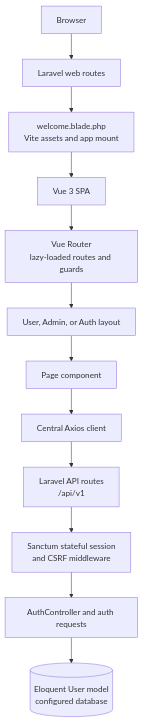
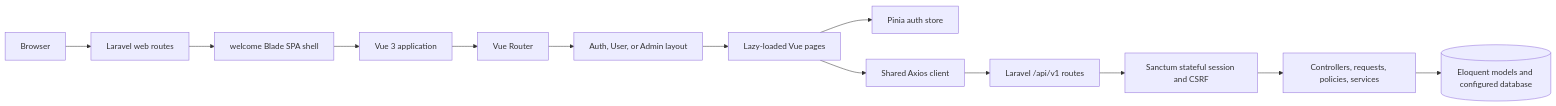
One commit to ElmirVelizadeDev/Planora changed the diagram in README.md. Above: the diagram before and after it, drawn with Mermaid. The commit also changed other lines of this file, not shown here.

````diff
--- a/README.md
+++ b/README.md
@@ -65,19 +67,15 @@
 ```mermaid
-flowchart TD
-    Browser[Browser]
-    Web[Laravel web routes]
-    Blade[welcome.blade.php<br/>Vite assets and app mount]
-    Vue[Vue 3 SPA]
-    Router[Vue Router<br/>lazy-loaded routes and guards]
-    Layout[User, Admin, or Auth layout]
-    Page[Page component]
-    Axios[Central Axios client]
-    API[Laravel API routes<br/>/api/v1]
-    Sanctum[Sanctum stateful session<br/>and CSRF middleware]
-    Auth[AuthController and auth requests]
-    User[(Eloquent User model<br/>configured database)]
-
-    Browser --> Web --> Blade --> Vue
-    Vue --> Router --> Layout --> Page
-    Page --> Axios --> API --> Sanctum --> Auth --> User
+flowchart LR
+    Browser --> LaravelWeb[Laravel web routes]
+    LaravelWeb --> Blade[welcome Blade SPA shell]
+    Blade --> Vue[Vue 3 application]
+    Vue --> Router[Vue Router]
+    Router --> Layouts[Auth, User, or Admin layout]
+    Layouts --> Pages[Lazy-loaded Vue pages]
+    Pages --> Pinia[Pinia auth store]
+    Pages --> Axios[Shared Axios client]
+    Axios --> Api[Laravel /api/v1 routes]
+    Api --> Sanctum[Sanctum stateful session and CSRF]
+    Sanctum --> Laravel[Controllers, requests, policies, services]
+    Laravel --> Database[(Eloquent models and configured database)]
 ```
````
